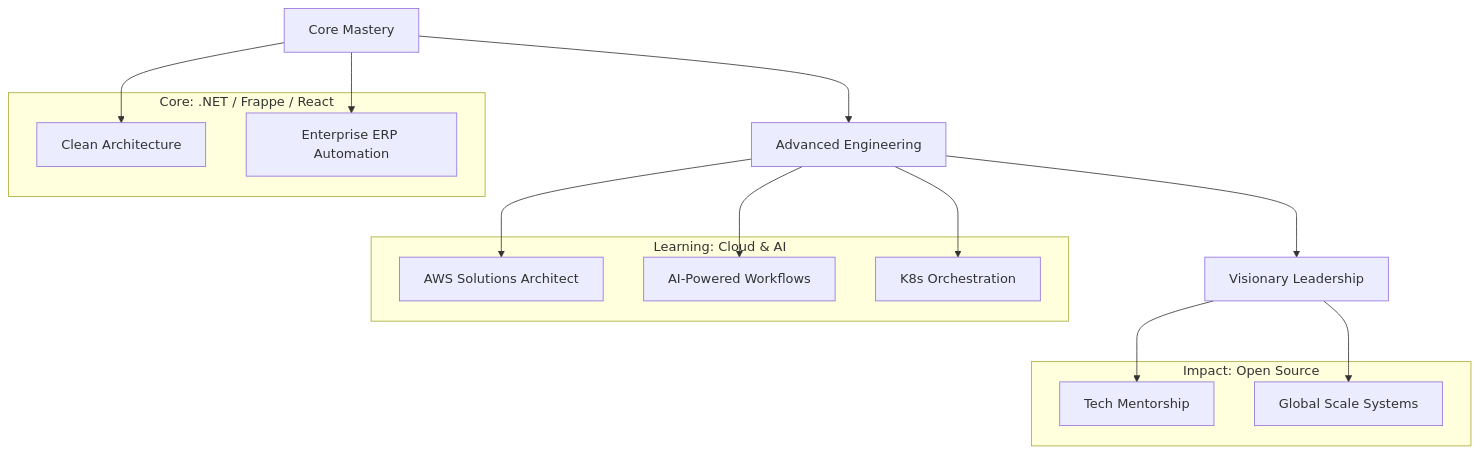
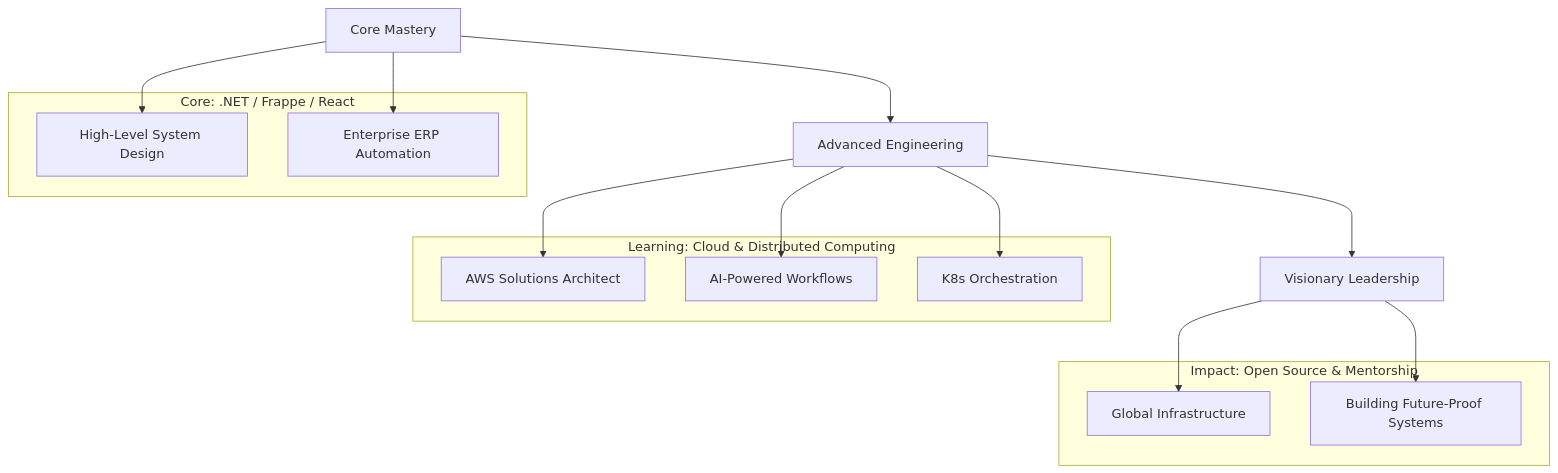
Before and after one commit to BinaDev29/BinaDev29: the diagram in README.md, drawn with Mermaid. The commit also changed other lines of this file, not shown here.

````diff
--- a/README.md
+++ b/README.md
@@ -168,25 +180,25 @@
 ```mermaid
 graph TD
     A[Core Mastery] --> B[Advanced Engineering]
     B --> C[Visionary Leadership]
     
     subgraph "Core: .NET / Frappe / React"
-    A1[Clean Architecture]
+    A1[High-Level System Design]
     A2[Enterprise ERP Automation]
     end
     
-    subgraph "Learning: Cloud & AI"
+    subgraph "Learning: Cloud & Distributed Computing"
     B1[AWS Solutions Architect]
     B2[AI-Powered Workflows]
     B3[K8s Orchestration]
     end
     
-    subgraph "Impact: Open Source"
-    C1[Tech Mentorship]
-    C2[Global Scale Systems]
+    subgraph "Impact: Open Source & Mentorship"
+    C1[Global Infrastructure]
+    C2[Building Future-Proof Systems]
     end
     
     A --> A1 & A2
     B --> B1 & B2 & B3
     C --> C1 & C2
 ```
````
